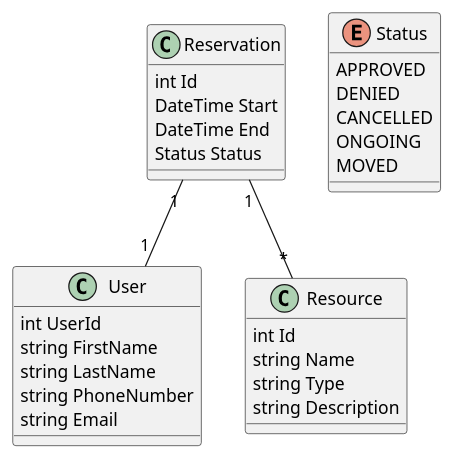
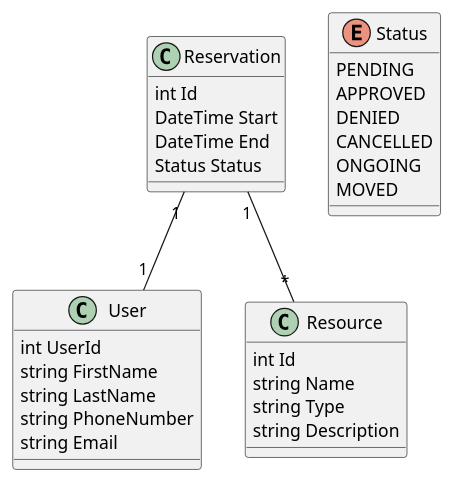
One commit to MaJul1/resource-reservation-system changed the diagram in docs/classdiagram.plantuml. Above: the diagram before and after it, drawn with PlantUML.

Commit message:
Add PENDING status to the Status enum in class diagram

```diff
--- a/docs/classdiagram.plantuml
+++ b/docs/classdiagram.plantuml
@@ -1,37 +1,38 @@
 @startuml resource-reservation-system-class-diagram
 
 class Reservation {
   int Id
   DateTime Start
   DateTime End
   Status Status
 }
 
 class User {
   int UserId
   string FirstName
   string LastName
   string PhoneNumber
   string Email
 }
 
 class Resource {
   int Id
   string Name
   string Type
   string Description
 }
 
 enum Status {
+  PENDING
   APPROVED
   DENIED
   CANCELLED
   ONGOING
   MOVED
 }
 
 Reservation "1" -- "1" User
 Reservation "1" -- "*" Resource
 
 
 @enduml
```
